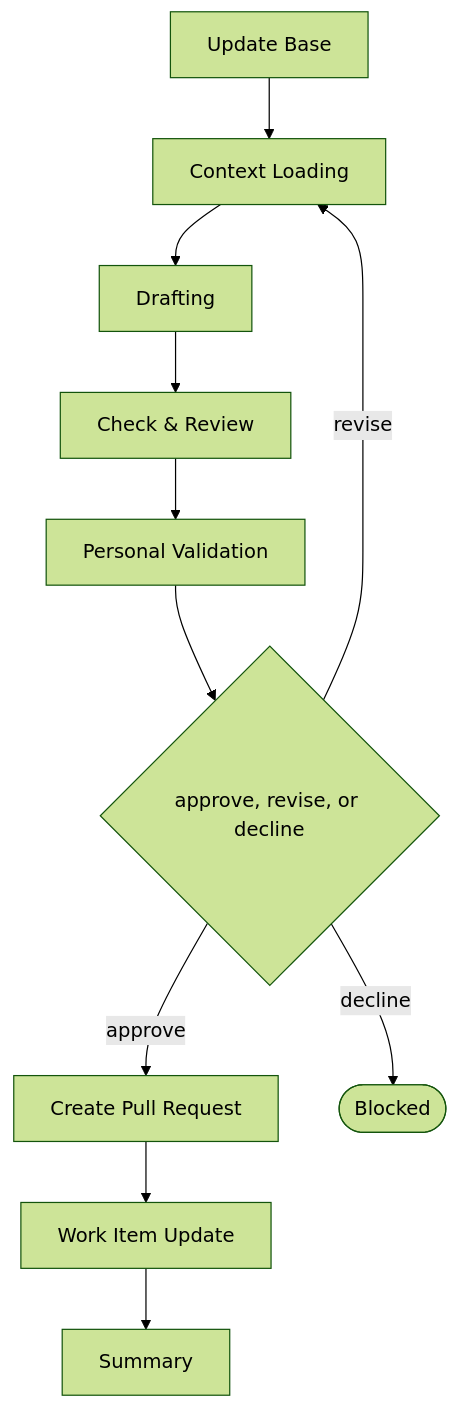
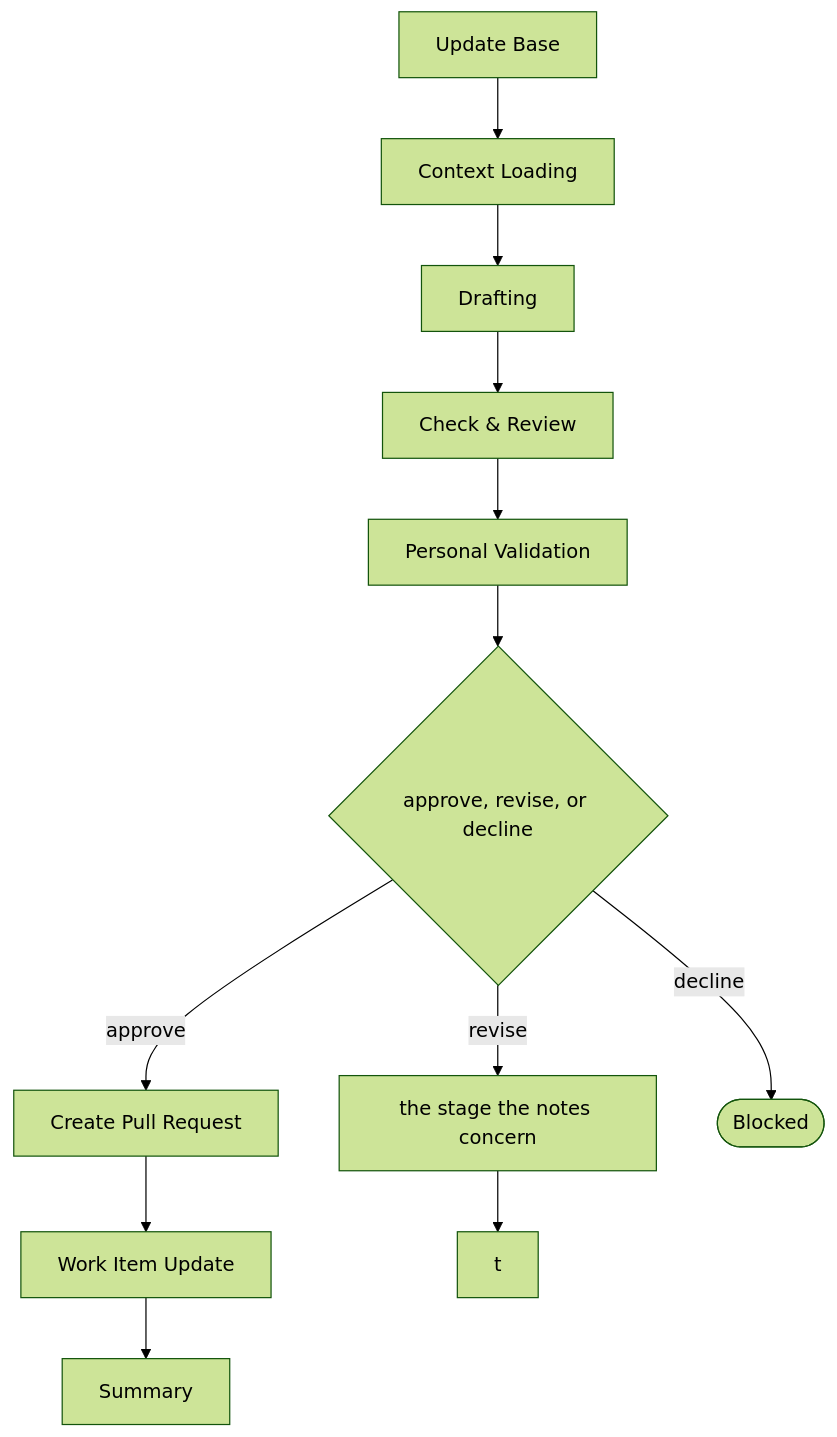
Before and after one commit to JSdotNet/ai-agent-stack: the seventh of 8 diagrams in .devbook/arc42/building-blocks/delivery.md, drawn with Mermaid (forest theme). The commit also changed other lines of this file and 1 other file, not shown here.

First line of the commit message:
delivery: both flow-code diagrams send a revise round to the stage the notes concern

````diff
--- a/.devbook/arc42/building-blocks/delivery.md
+++ b/.devbook/arc42/building-blocks/delivery.md
@@ -1033,22 +1034,23 @@
 ```mermaid
 flowchart TD
     base["Update Base"]
     s0["Context Loading"]
     s1["Drafting"]
     s2["Check & Review"]
     c0["Personal Validation"]
 
     base --> s0
     s0 --> s1
     s1 --> s2
     s2 --> c0
     c0 --> g{"approve, revise, or decline"}
     t0["Create Pull Request"]
     t1["Work Item Update"]
     t2["Summary"]
     g -->|approve| t0
     t0 --> t1
     t1 --> t2
-    g -->|revise| s0
+    g -->|revise| rv["the stage the notes concern"]
+    rv --> t
     g -->|decline| blocked(["Blocked"])
 ```
````
